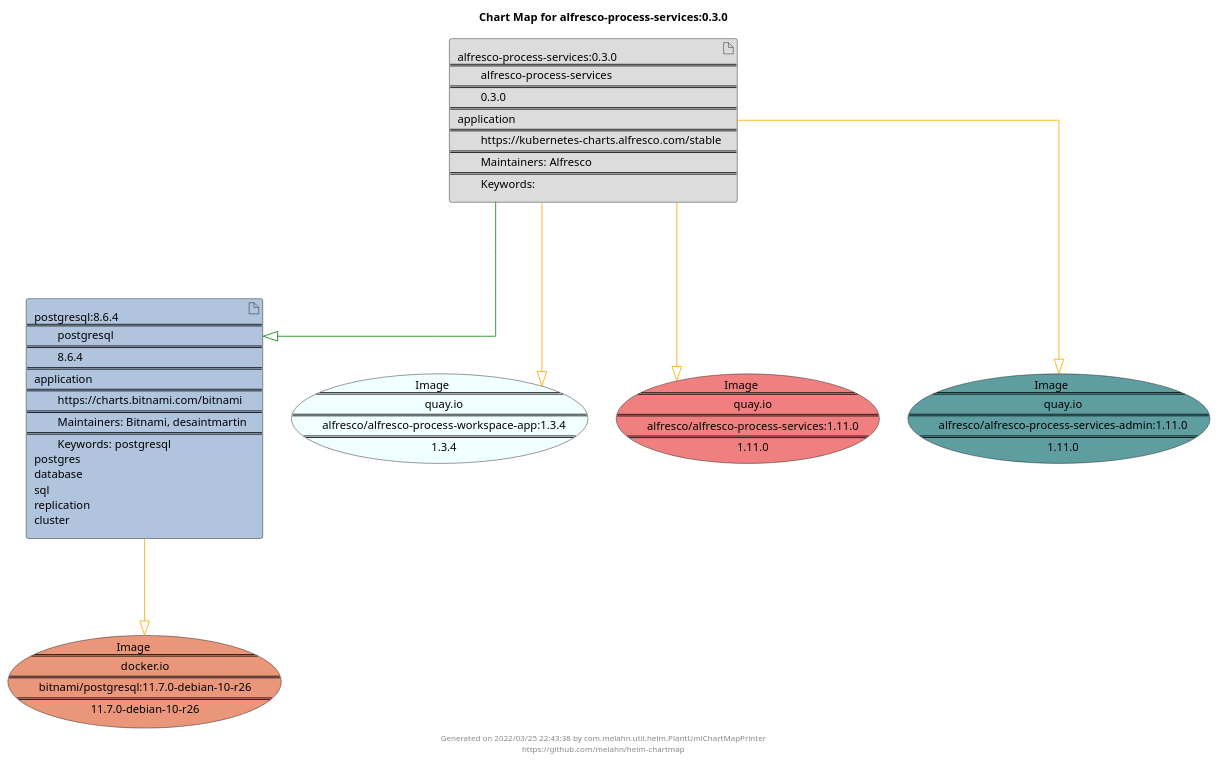
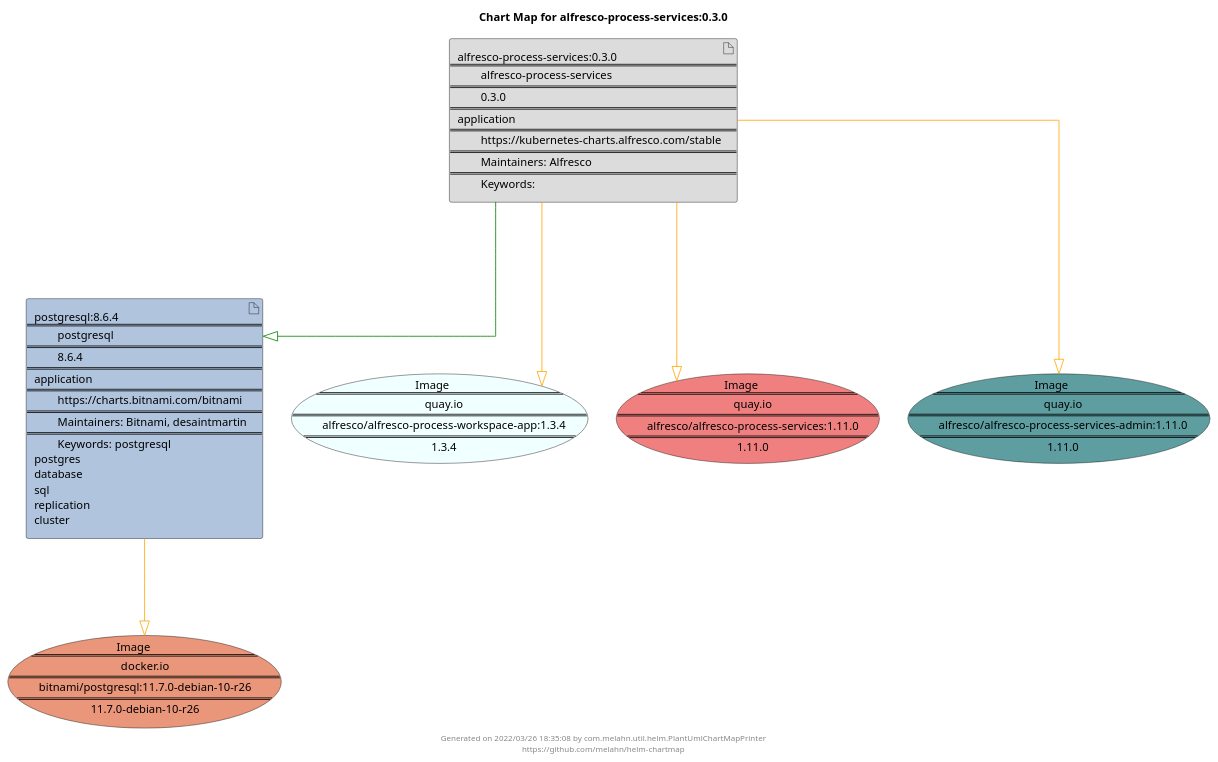
Before and after one commit to melahn/helm-chartmap: the diagram in docs/alfresco-process-services/alfresco-process-services-0.3.0.puml, drawn with PlantUML. The commit also changed 55 other files, not shown here.

Commit message:
Update Example Chart Maps as part of GitHub build

```diff
--- a/docs/alfresco-process-services/alfresco-process-services-0.3.0.puml
+++ b/docs/alfresco-process-services/alfresco-process-services-0.3.0.puml
@@ -1,29 +1,29 @@
 @startuml
 skinparam linetype ortho
 skinparam backgroundColor white
 skinparam usecaseBorderColor black
 skinparam usecaseArrowColor LightSlateGray
 skinparam artifactBorderColor black
 skinparam artifactArrowColor LightSlateGray
 
 title Chart Map for alfresco-process-services:0.3.0
 
 'There are 2 referenced Helm Charts
 artifact "alfresco-process-services:0.3.0\n====\n\talfresco-process-services\n====\n\t0.3.0\n====\napplication\n====\n\thttps://kubernetes-charts.alfresco.com/stable\n====\n\tMaintainers: Alfresco\n====\n\tKeywords: " as alfresco_process_services_0_3_0 #Gainsboro
 artifact "postgresql:8.6.4\n====\n\tpostgresql\n====\n\t8.6.4\n====\napplication\n====\n\thttps://charts.bitnami.com/bitnami\n====\n\tMaintainers: Bitnami, desaintmartin\n====\n\tKeywords: postgresql\npostgres\ndatabase\nsql\nreplication\ncluster" as postgresql_8_6_4 #LightSteelBlue
 
 'There are 4 referenced Docker Images
 usecase "Image\n====\n\tquay.io\n====\n\talfresco/alfresco-process-workspace-app:1.3.4\n====\n\t1.3.4" as quay_io_alfresco_alfresco_process_workspace_app_1_3_4 #Azure
 usecase "Image\n====\n\tquay.io\n====\n\talfresco/alfresco-process-services:1.11.0\n====\n\t1.11.0" as quay_io_alfresco_alfresco_process_services_1_11_0 #LightCoral
 usecase "Image\n====\n\tquay.io\n====\n\talfresco/alfresco-process-services-admin:1.11.0\n====\n\t1.11.0" as quay_io_alfresco_alfresco_process_services_admin_1_11_0 #CadetBlue
 usecase "Image\n====\n\tdocker.io\n====\n\tbitnami/postgresql:11.7.0-debian-10-r26\n====\n\t11.7.0-debian-10-r26" as docker_io_bitnami_postgresql_11_7_0_debian_10_r26 #DarkSalmon
 
 'Chart Dependencies
 alfresco_process_services_0_3_0--[#green]-|>postgresql_8_6_4
 alfresco_process_services_0_3_0--[#orange]-|>quay_io_alfresco_alfresco_process_services_admin_1_11_0
 alfresco_process_services_0_3_0--[#orange]-|>quay_io_alfresco_alfresco_process_workspace_app_1_3_4
 alfresco_process_services_0_3_0--[#orange]-|>quay_io_alfresco_alfresco_process_services_1_11_0
 postgresql_8_6_4--[#orange]-|>docker_io_bitnami_postgresql_11_7_0_debian_10_r26
 
-center footer Generated on 2022/03/25 22:43:38 by com.melahn.util.helm.PlantUmlChartMapPrinter\nhttps://github.com/melahn/helm-chartmap
+center footer Generated on 2022/03/26 18:35:08 by com.melahn.util.helm.PlantUmlChartMapPrinter\nhttps://github.com/melahn/helm-chartmap
 @enduml
```
